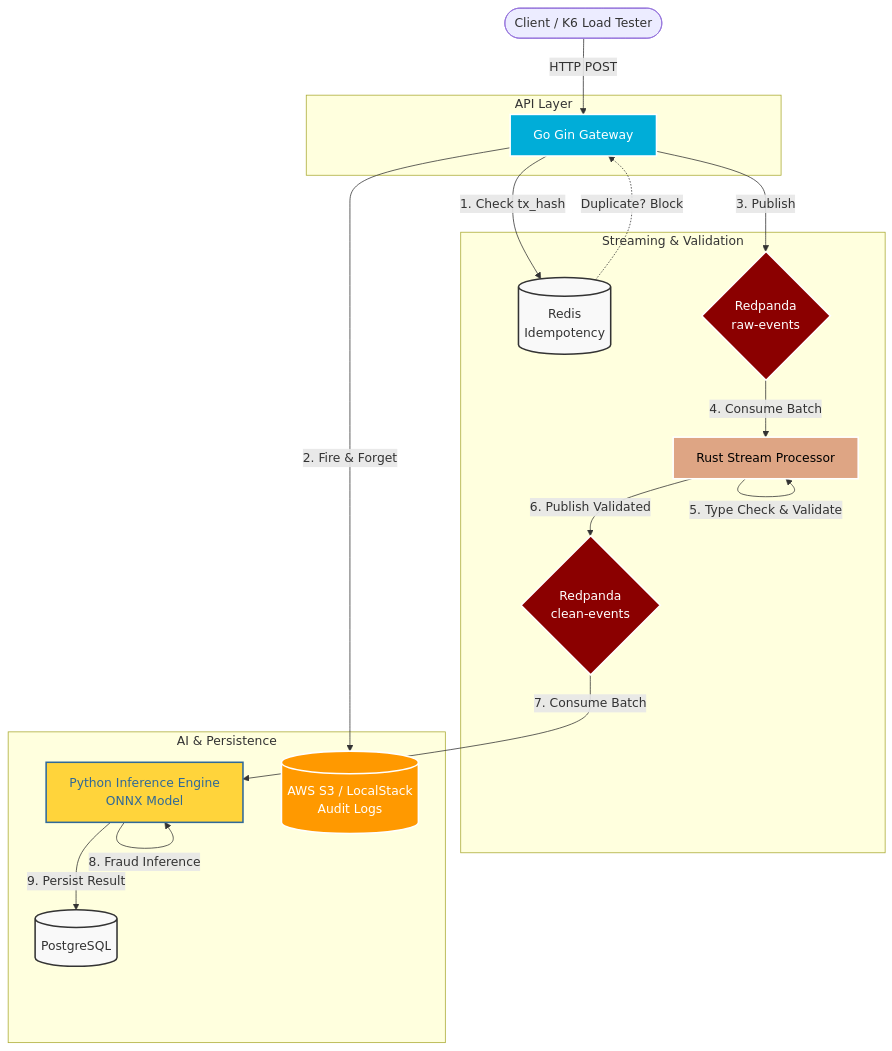
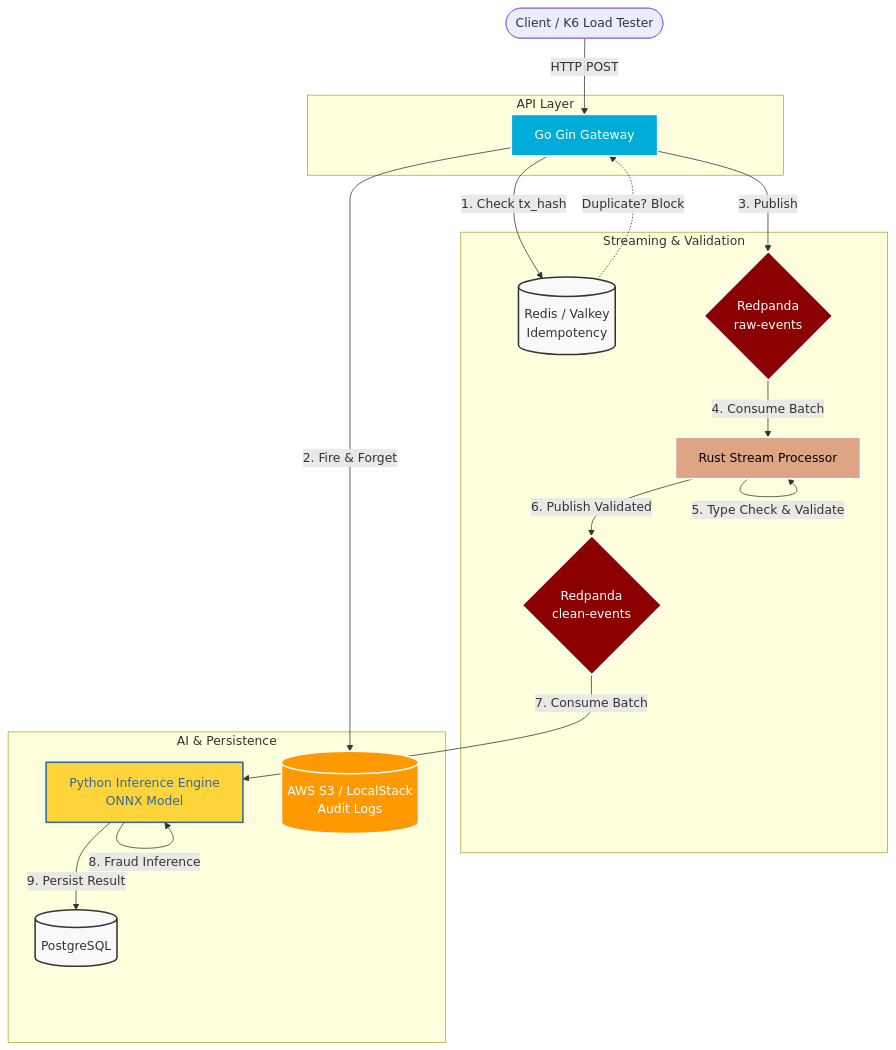
The diagram in README.md (enesgulerai/sentinel), drawn with Mermaid before and after one commit. The commit also changed other lines of this file and 8 other files, not shown here.

````diff
--- a/README.md
+++ b/README.md
@@ -24,43 +32,43 @@
 ```mermaid
 graph TD
     %% Styling
     classDef go fill:#00ADD8,stroke:#fff,stroke-width:2px,color:#fff;
     classDef rust fill:#DEA584,stroke:#fff,stroke-width:2px,color:#000;
     classDef python fill:#FFD43B,stroke:#306998,stroke-width:2px,color:#306998;
     classDef infra fill:#f9f9f9,stroke:#333,stroke-width:2px;
     classDef storage fill:#ff9900,stroke:#fff,stroke-width:2px,color:#fff;
     classDef broker fill:#8B0000,stroke:#fff,stroke-width:2px,color:#fff;
 
     %% Nodes
     Client([Client / K6 Load Tester])
 
     subgraph API Layer
         Gateway[Go Gin Gateway]:::go
     end
 
     subgraph Streaming & Validation
-        Redis[(Redis<br>Idempotency)]:::infra
+        Redis[(Redis / Valkey<br>Idempotency)]:::infra
         Broker1{Redpanda<br>raw-events}:::broker
         Validator[Rust Stream Processor]:::rust
         Broker2{Redpanda<br>clean-events}:::broker
     end
 
     subgraph AI & Persistence
         Consumer[Python Inference Engine<br>ONNX Model]:::python
         S3[(AWS S3 / LocalStack<br>Audit Logs)]:::storage
         DB[(PostgreSQL)]:::infra
     end
 
     %% Edges (Flow)
     Client -->|HTTP POST| Gateway
     Gateway -->|1. Check tx_hash| Redis
     Redis -.->|Duplicate? Block| Gateway
     Gateway -->|2. Fire & Forget| S3
     Gateway -->|3. Publish| Broker1
     Broker1 -->|4. Consume Batch| Validator
     Validator -->|5. Type Check & Validate| Validator
     Validator -->|6. Publish Validated| Broker2
     Broker2 -->|7. Consume Batch| Consumer
     Consumer -->|8. Fraud Inference| Consumer
     Consumer -->|9. Persist Result| DB
 ```
````
